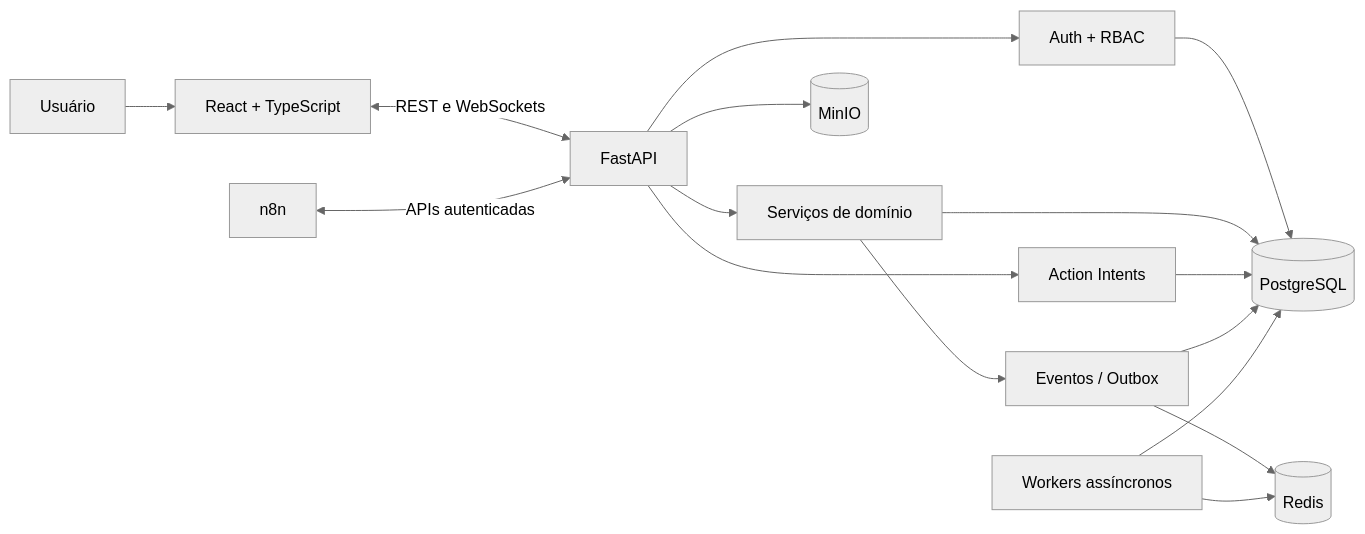
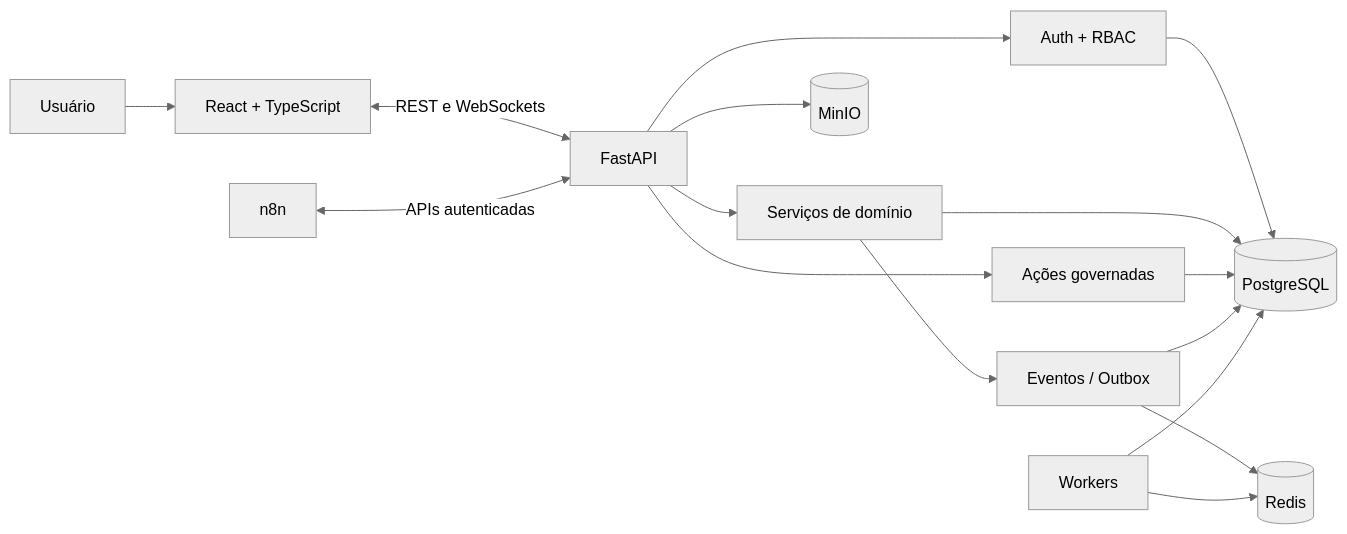
The diagram in README.md (Mayconxzdev/Portal), drawn with Mermaid (neutral theme) before and after one commit. The commit also changed other lines of this file and 1 other file, not shown here.

First line of the commit message:
Present Portal as an earlier public architecture reference

````diff
--- a/README.md
+++ b/README.md
@@ -185,21 +73,18 @@
 ```mermaid
 flowchart LR
     U[Usuário] --> WEB[React + TypeScript]
     WEB <-->|REST e WebSockets| API[FastAPI]
-
     API --> AUTH[Auth + RBAC]
     API --> DOM[Serviços de domínio]
-    API --> INTENT[Action Intents]
+    API --> ACTION[Ações governadas]
     DOM --> OUTBOX[Eventos / Outbox]
-
     AUTH --> PG[(PostgreSQL)]
     DOM --> PG
-    INTENT --> PG
+    ACTION --> PG
     OUTBOX --> PG
     OUTBOX --> REDIS[(Redis)]
     API --> OBJ[(MinIO)]
-
     N8N[n8n] <-->|APIs autenticadas| API
-    WORKER[Workers assíncronos] --> REDIS
+    WORKER[Workers] --> REDIS
     WORKER --> PG
 ```
````
